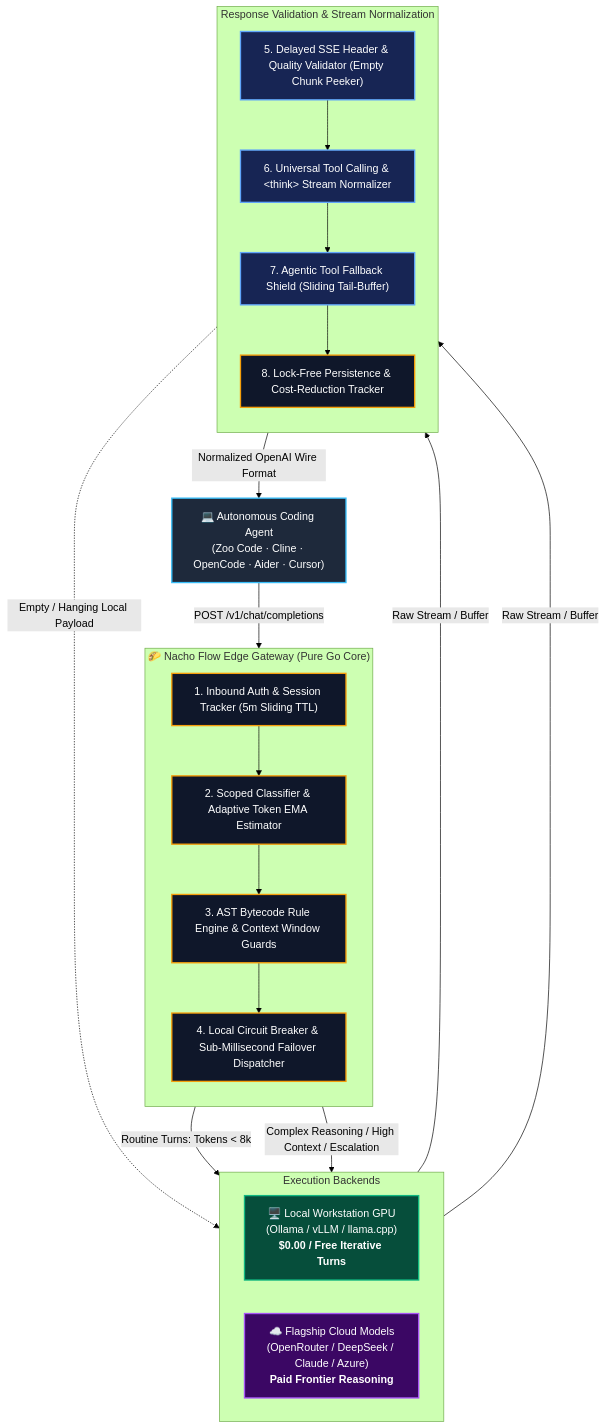
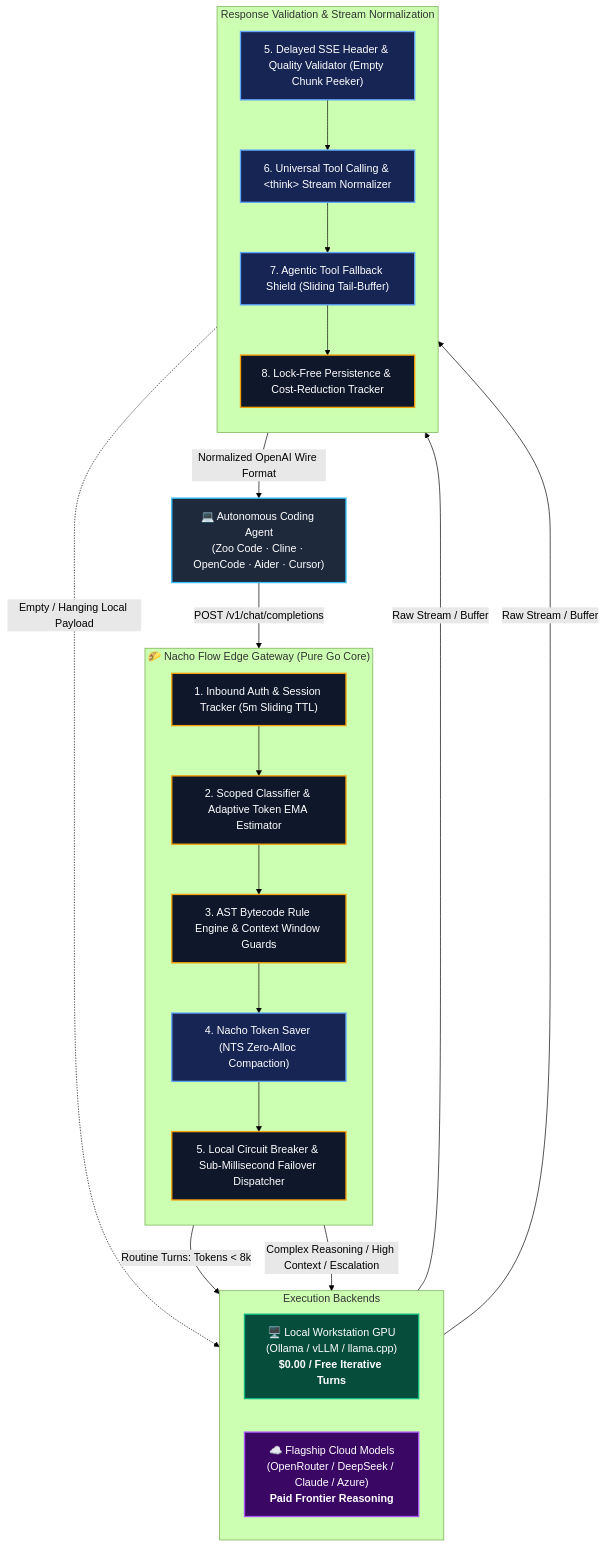
One commit to dixieflatline76/nacho-flow changed the first of 2 diagrams in docs/ARCHITECTURE.md. Above: the diagram before and after it, drawn with Mermaid (forest theme). The commit also changed other lines of this file and 101 other files, not shown here.

````diff
--- a/docs/ARCHITECTURE.md
+++ b/docs/ARCHITECTURE.md
@@ -9,46 +9,47 @@
 ```mermaid
 flowchart TD
     classDef client fill:#1e293b,stroke:#38bdf8,stroke-width:2px,color:#fff;
     classDef core fill:#0f172a,stroke:#f59e0b,stroke-width:2px,color:#fff;
     classDef local fill:#064e3b,stroke:#10b981,stroke-width:2px,color:#fff;
     classDef cloud fill:#3b0764,stroke:#a855f7,stroke-width:2px,color:#fff;
     classDef tool fill:#172554,stroke:#60a5fa,stroke-width:2px,color:#fff;
 
     Client["💻 Autonomous Coding Agent<br/>(Zoo Code · Cline · OpenCode · Aider · Cursor)"]:::client
 
     subgraph NachoGateway ["🌮 Nacho Flow Edge Gateway (Pure Go Core)"]
         direction TB
         Auth["1. Inbound Auth & Session Tracker (5m Sliding TTL)"]:::core
         Classifier["2. Scoped Classifier & Adaptive Token EMA Estimator"]:::core
         Evaluator["3. AST Bytecode Rule Engine & Context Window Guards"]:::core
-        CircuitBreaker["4. Local Circuit Breaker & Sub-Millisecond Failover Dispatcher"]:::core
+        NTSCompactor["4. Nacho Token Saver (NTS Zero-Alloc Compaction)"]:::tool
+        CircuitBreaker["5. Local Circuit Breaker & Sub-Millisecond Failover Dispatcher"]:::core
         
-        Auth --> Classifier --> Evaluator --> CircuitBreaker
+        Auth --> Classifier --> Evaluator --> NTSCompactor --> CircuitBreaker
     end
 
     subgraph Endpoints ["Execution Backends"]
         direction LR
         LocalGPU["🖥️ Local Workstation GPU<br/>(Ollama / vLLM / llama.cpp)<br/><b>$0.00 / Free Iterative Turns</b>"]:::local
         CloudAPI["☁️ Flagship Cloud Models<br/>(OpenRouter / DeepSeek / Claude / Azure)<br/><b>Paid Frontier Reasoning</b>"]:::cloud
     end
 
     subgraph ProcessingStack ["Response Validation & Stream Normalization"]
         direction TB
         DelayedHeader["5. Delayed SSE Header & Quality Validator (Empty Chunk Peeker)"]:::tool
         ToolNormalizer["6. Universal Tool Calling & &lt;think&gt; Stream Normalizer"]:::tool
         Shield["7. Agentic Tool Fallback Shield (Sliding Tail-Buffer)"]:::tool
         Telemetry["8. Lock-Free Persistence & Cost-Reduction Tracker"]:::core
 
         DelayedHeader --> ToolNormalizer --> Shield --> Telemetry
     end
 
     Client -->|POST /v1/chat/completions| Auth
     CircuitBreaker -->|Routine Turns: Tokens < 8k| LocalGPU
     CircuitBreaker -->|Complex Reasoning / High Context / Escalation| CloudAPI
 
     LocalGPU -->|Raw Stream / Buffer| DelayedHeader
     CloudAPI -->|Raw Stream / Buffer| DelayedHeader
 
     DelayedHeader -.->|Empty / Hanging Local Payload| CloudAPI
     Telemetry -->|Normalized OpenAI Wire Format| Client
 ```
````
